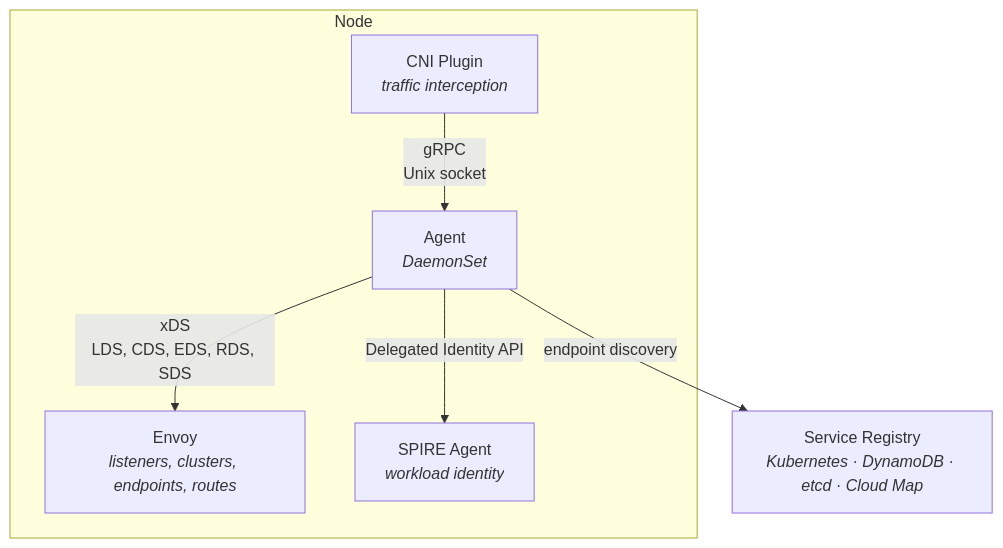
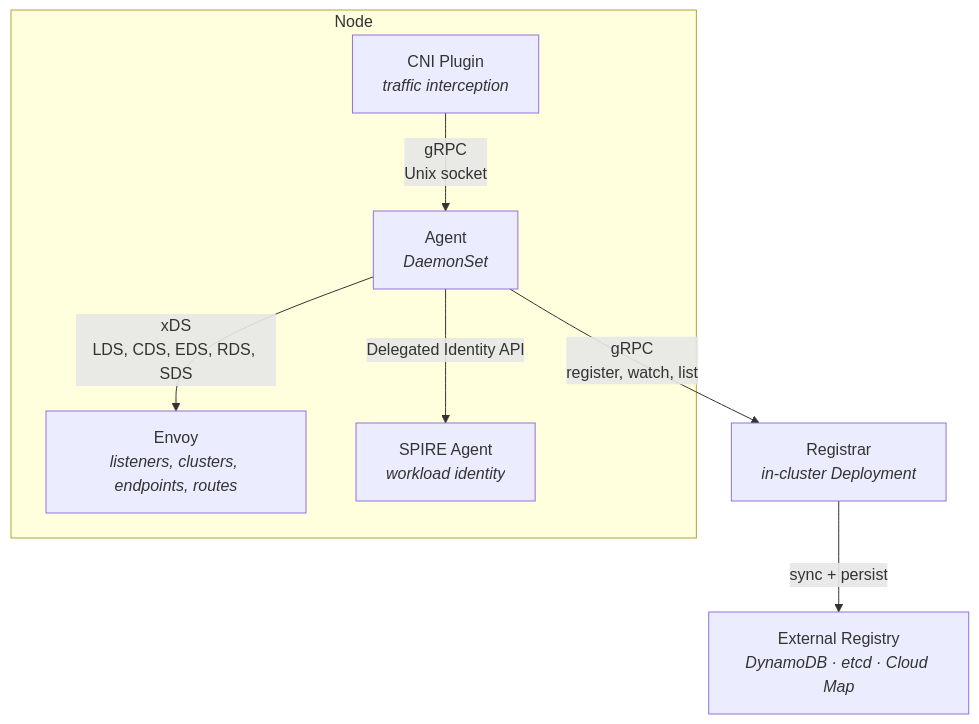
Before and after one commit to bpalermo/aether: the diagram in README.md, drawn with Mermaid. The commit also changed other lines of this file and 33 other files, not shown here.

First line of the commit message:
feat: Implement in-cluster Registrar service (Phases 1-2)

````diff
--- a/README.md
+++ b/README.md
@@ -7,16 +7,19 @@
 ```mermaid
 graph TD
     subgraph Node
         CNI["CNI Plugin<br/><i>traffic interception</i>"]
         Agent["Agent<br/><i>DaemonSet</i>"]
         Envoy["Envoy<br/><i>listeners, clusters, endpoints, routes</i>"]
         SPIRE["SPIRE Agent<br/><i>workload identity</i>"]
 
         CNI -- "gRPC<br/>Unix socket" --> Agent
         Agent -- "xDS<br/>LDS, CDS, EDS, RDS, SDS" --> Envoy
         Agent -- "Delegated Identity API" --> SPIRE
     end
 
-    Registry["Service Registry<br/><i>Kubernetes · DynamoDB · etcd · Cloud Map</i>"]
-    Agent -- "endpoint discovery" --> Registry
+    Registrar["Registrar<br/><i>in-cluster Deployment</i>"]
+    Agent -- "gRPC<br/>register, watch, list" --> Registrar
+
+    Registry["External Registry<br/><i>DynamoDB · etcd · Cloud Map</i>"]
+    Registrar -- "sync + persist" --> Registry
 ```
````
